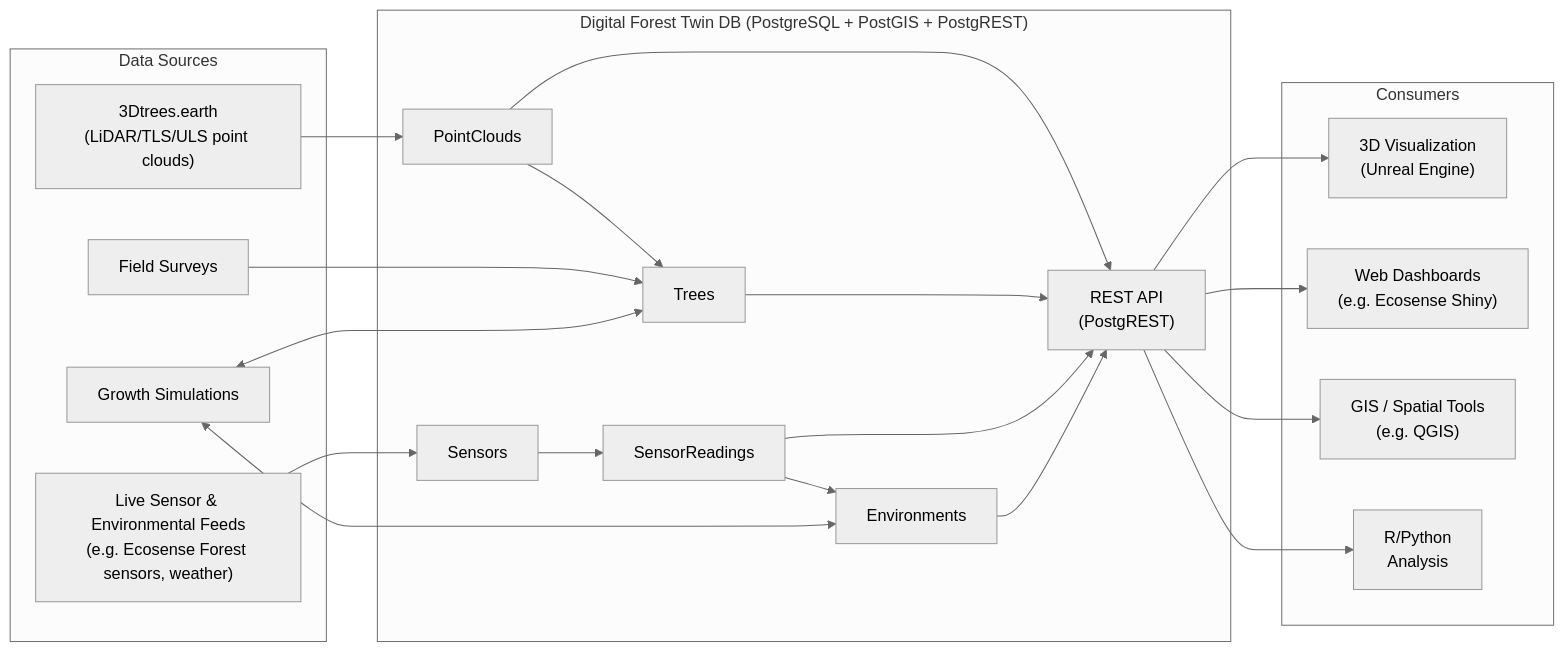
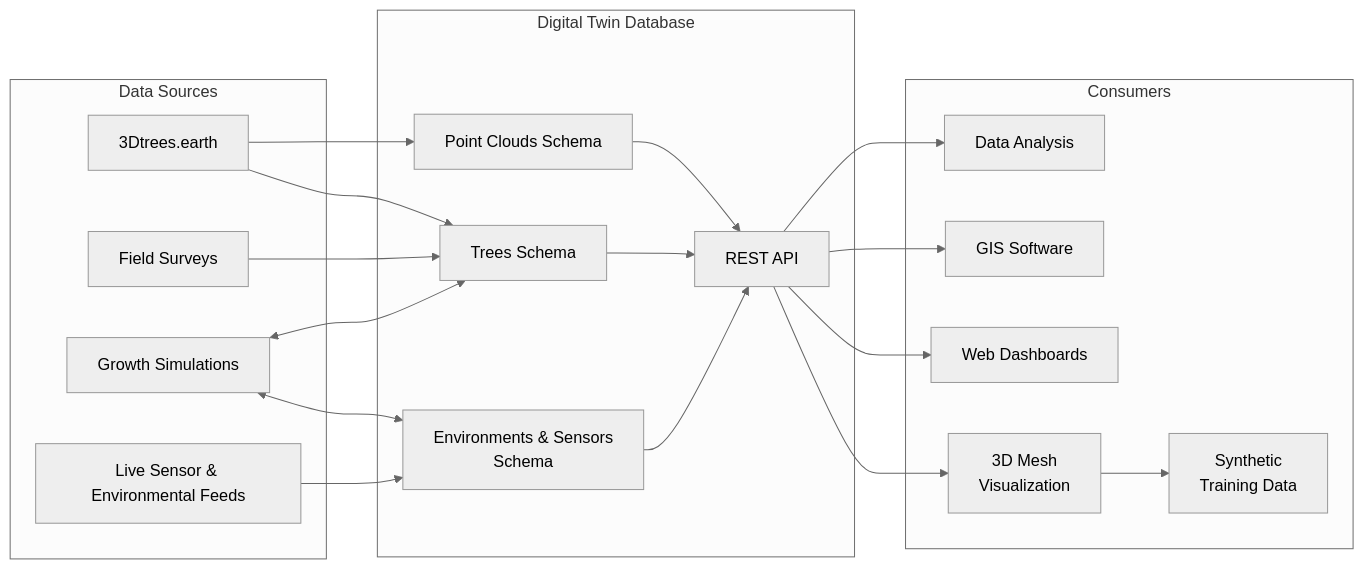
The seventh of 7 diagrams in docs/database-overview.md (XRFutureForests/digital-twin-db), drawn with Mermaid (neutral theme) before and after one commit. The commit also changed other lines of this file, not shown here.

Commit message:
cleaned up data flow

````diff
--- a/docs/database-overview.md
+++ b/docs/database-overview.md
@@ -561,44 +561,41 @@
 ```mermaid
 flowchart LR
     subgraph Sources["Data Sources"]
-        TDT["3Dtrees.earth<br/>(LiDAR/TLS/ULS point clouds)"]
+        TDT["3Dtrees.earth"]
         Field["Field Surveys"]
         Sim["Growth Simulations"]
-        Live["Live Sensor & Environmental Feeds<br/>(e.g. Ecosense Forest sensors, weather)"]
+        Live["Live Sensor & Environmental Feeds"]
+        
     end
 
-    subgraph DB["Digital Forest Twin DB (PostgreSQL + PostGIS + PostgREST)"]
-        PC["PointClouds"]
-        TR["Trees"]
-        SE["Sensors"]
-        SR["SensorReadings"]
-        EN["Environments"]
-        REST["REST API<br/>(PostgREST)"]
+    subgraph DB["Digital Twin Database"]
+        PC["Point Clouds Schema"]
+        TR["Trees Schema"]
+        EN["Environments & Sensors</br>Schema"]
+        REST["REST API"]
     end
 
     subgraph Consumers["Consumers"]
-        UE["3D Visualization<br/>(Unreal Engine)"]
-        WEB["Web Dashboards<br/>(e.g. Ecosense Shiny)"]
-        GIS["GIS / Spatial Tools<br/>(e.g. QGIS)"]
-        Analysis["R/Python<br/>Analysis"]
+        Analysis["Data Analysis"]
+        GIS["GIS Software"]
+        Dashboards["Web Dashboards"]
+        3D["3D Mesh</br>Visualization"]
+        Synthetic["Synthetic</br>Training Data"]
     end
 
     TDT --> PC
-    PC --> TR
+    TDT --> TR
+    PC --> REST
     Field --> TR
-    Live --> SE
-    SE --> SR
-    SR --> EN
     Sim <--> TR
     Sim <--> EN
-
-    PC --> REST
+    Live --> EN
     TR --> REST
-    SR --> REST
     EN --> REST
-    REST --> UE
-    REST --> WEB
+    REST --> Analysis
     REST --> GIS
-    REST --> Analysis
+    REST --> Dashboards
+    REST --> 3D
+    3D --> Synthetic
 
 ```
````
